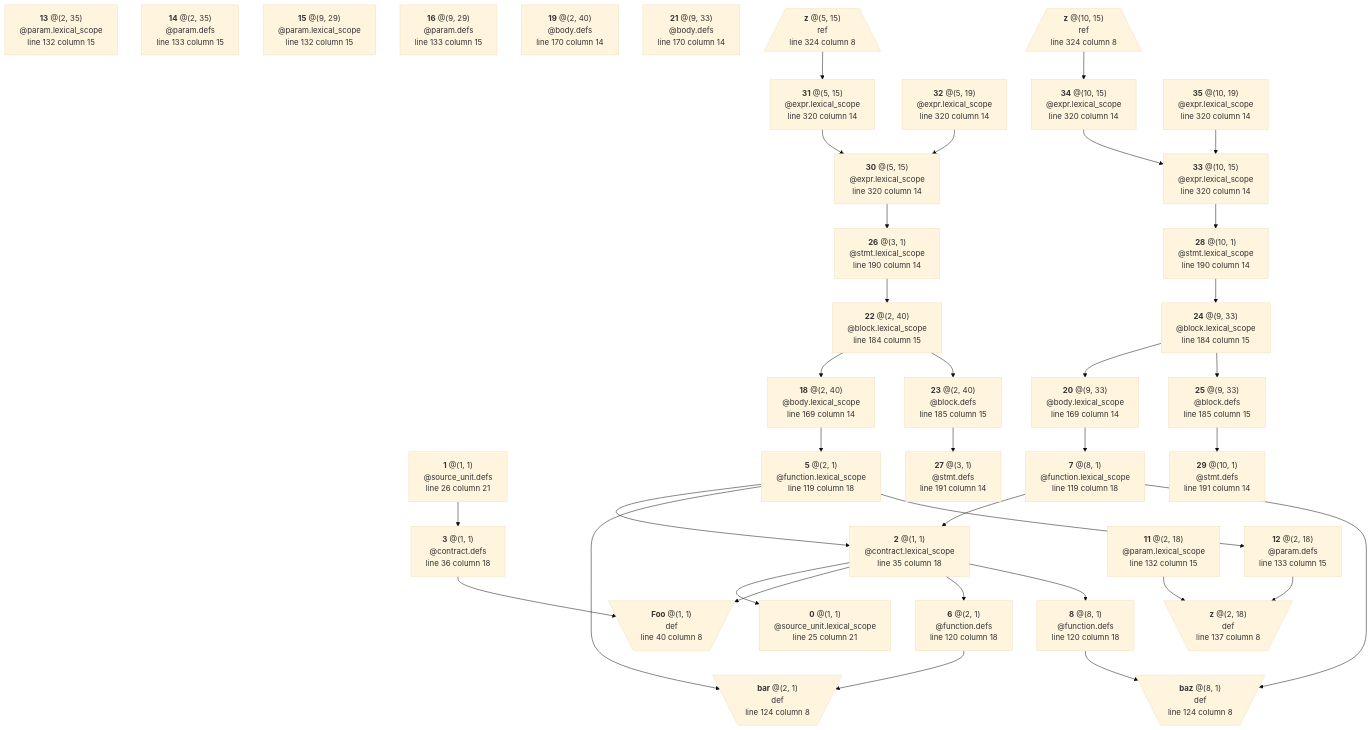
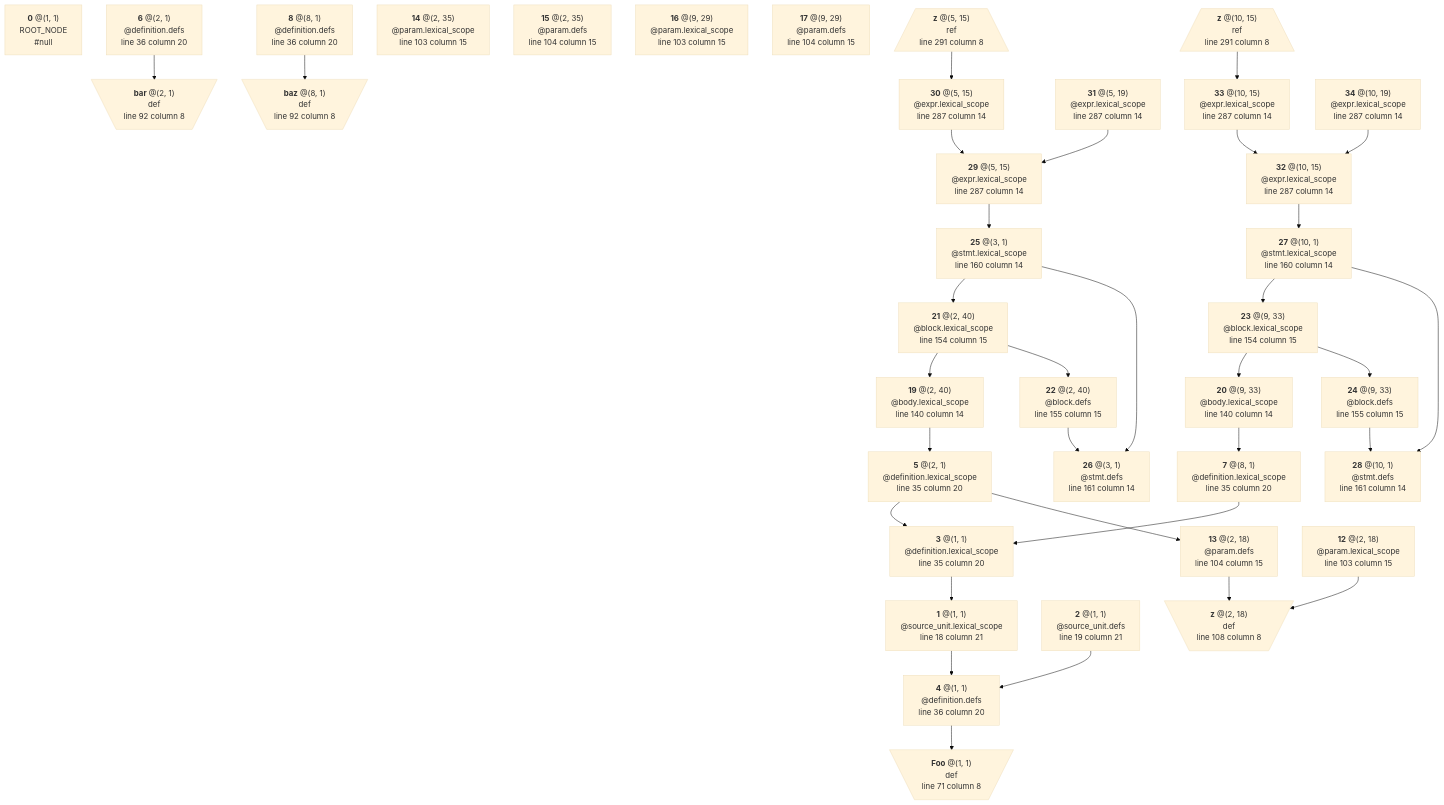
The diagram in crates/solidity/testing/snapshots/bindings/lexical/generated/params.sol.mmd (manastech/slang), drawn with Mermaid (base theme) before and after one commit. The commit also changed 11 other files, not shown here.

```diff
--- a/crates/solidity/testing/snapshots/bindings/lexical/generated/params.sol.mmd
+++ b/crates/solidity/testing/snapshots/bindings/lexical/generated/params.sol.mmd
@@ -1,148 +1,143 @@
 graph TD
 	N0["`**0** @(1, 1)
+ROOT_NODE
+#null`"]
+	N1["`**1** @(1, 1)
 @source_unit.lexical_scope
-line 25 column 21`"]
-	N1["`**1** @(1, 1)
+line 18 column 21`"]
+	N1 --> N4
+	N2["`**2** @(1, 1)
 @source_unit.defs
-line 26 column 21`"]
-	N1 --> N3
-	N2["`**2** @(1, 1)
-@contract.lexical_scope
-line 35 column 18`"]
-	N2 --> N0
+line 19 column 21`"]
 	N2 --> N4
-	N2 --> N6
-	N2 --> N8
 	N3["`**3** @(1, 1)
-@contract.defs
-line 36 column 18`"]
-	N3 --> N4
-	N4[\"`**Foo** @(1, 1)
+@definition.lexical_scope
+line 35 column 20`"]
+	N3 --> N1
+	N4["`**4** @(1, 1)
+@definition.defs
+line 36 column 20`"]
+	N4 --> N9
+	N5["`**5** @(2, 1)
+@definition.lexical_scope
+line 35 column 20`"]
+	N5 --> N3
+	N5 --> N13
+	N6["`**6** @(2, 1)
+@definition.defs
+line 36 column 20`"]
+	N6 --> N10
+	N7["`**7** @(8, 1)
+@definition.lexical_scope
+line 35 column 20`"]
+	N7 --> N3
+	N8["`**8** @(8, 1)
+@definition.defs
+line 36 column 20`"]
+	N8 --> N11
+	N9[\"`**Foo** @(1, 1)
 def
-line 40 column 8`"/]
-	N5["`**5** @(2, 1)
-@function.lexical_scope
-line 119 column 18`"]
-	N5 --> N2
-	N5 --> N9
-	N5 --> N12
-	N6["`**6** @(2, 1)
-@function.defs
-line 120 column 18`"]
-	N6 --> N9
-	N7["`**7** @(8, 1)
-@function.lexical_scope
-line 119 column 18`"]
-	N7 --> N2
-	N7 --> N10
-	N8["`**8** @(8, 1)
-@function.defs
-line 120 column 18`"]
-	N8 --> N10
-	N9[\"`**bar** @(2, 1)
+line 71 column 8`"/]
+	N10[\"`**bar** @(2, 1)
 def
-line 124 column 8`"/]
-	N10[\"`**baz** @(8, 1)
+line 92 column 8`"/]
+	N11[\"`**baz** @(8, 1)
 def
-line 124 column 8`"/]
-	N11["`**11** @(2, 18)
+line 92 column 8`"/]
+	N12["`**12** @(2, 18)
 @param.lexical_scope
-line 132 column 15`"]
-	N11 --> N17
-	N12["`**12** @(2, 18)
+line 103 column 15`"]
+	N12 --> N18
+	N13["`**13** @(2, 18)
 @param.defs
-line 133 column 15`"]
-	N12 --> N17
-	N13["`**13** @(2, 35)
+line 104 column 15`"]
+	N13 --> N18
+	N14["`**14** @(2, 35)
 @param.lexical_scope
-line 132 column 15`"]
-	N14["`**14** @(2, 35)
+line 103 column 15`"]
+	N15["`**15** @(2, 35)
 @param.defs
-line 133 column 15`"]
-	N15["`**15** @(9, 29)
+line 104 column 15`"]
+	N16["`**16** @(9, 29)
 @param.lexical_scope
-line 132 column 15`"]
-	N16["`**16** @(9, 29)
+line 103 column 15`"]
+	N17["`**17** @(9, 29)
 @param.defs
-line 133 column 15`"]
-	N17[\"`**z** @(2, 18)
+line 104 column 15`"]
+	N18[\"`**z** @(2, 18)
 def
-line 137 column 8`"/]
-	N18["`**18** @(2, 40)
+line 108 column 8`"/]
+	N19["`**19** @(2, 40)
 @body.lexical_scope
-line 169 column 14`"]
-	N18 --> N5
-	N19["`**19** @(2, 40)
-@body.defs
-line 170 column 14`"]
+line 140 column 14`"]
+	N19 --> N5
 	N20["`**20** @(9, 33)
 @body.lexical_scope
-line 169 column 14`"]
+line 140 column 14`"]
 	N20 --> N7
-	N21["`**21** @(9, 33)
-@body.defs
-line 170 column 14`"]
+	N21["`**21** @(2, 40)
+@block.lexical_scope
+line 154 column 15`"]
+	N21 --> N19
+	N21 --> N22
 	N22["`**22** @(2, 40)
+@block.defs
+line 155 column 15`"]
+	N22 --> N26
+	N23["`**23** @(9, 33)
 @block.lexical_scope
-line 184 column 15`"]
-	N22 --> N18
-	N22 --> N23
-	N23["`**23** @(2, 40)
+line 154 column 15`"]
+	N23 --> N20
+	N23 --> N24
+	N24["`**24** @(9, 33)
 @block.defs
-line 185 column 15`"]
-	N23 --> N27
-	N24["`**24** @(9, 33)
-@block.lexical_scope
-line 184 column 15`"]
-	N24 --> N20
-	N24 --> N25
-	N25["`**25** @(9, 33)
-@block.defs
-line 185 column 15`"]
-	N25 --> N29
+line 155 column 15`"]
+	N24 --> N28
+	N25["`**25** @(3, 1)
+@stmt.lexical_scope
+line 160 column 14`"]
+	N25 --> N21
+	N25 --> N26
 	N26["`**26** @(3, 1)
+@stmt.defs
+line 161 column 14`"]
+	N27["`**27** @(10, 1)
 @stmt.lexical_scope
-line 190 column 14`"]
-	N26 --> N22
-	N27["`**27** @(3, 1)
+line 160 column 14`"]
+	N27 --> N23
+	N27 --> N28
+	N28["`**28** @(10, 1)
 @stmt.defs
-line 191 column 14`"]
-	N28["`**28** @(10, 1)
-@stmt.lexical_scope
-line 190 column 14`"]
-	N28 --> N24
-	N29["`**29** @(10, 1)
-@stmt.defs
-line 191 column 14`"]
+line 161 column 14`"]
+	N29["`**29** @(5, 15)
+@expr.lexical_scope
+line 287 column 14`"]
+	N29 --> N25
 	N30["`**30** @(5, 15)
 @expr.lexical_scope
-line 320 column 14`"]
-	N30 --> N26
-	N31["`**31** @(5, 15)
+line 287 column 14`"]
+	N30 --> N29
+	N31["`**31** @(5, 19)
 @expr.lexical_scope
-line 320 column 14`"]
-	N31 --> N30
-	N32["`**32** @(5, 19)
+line 287 column 14`"]
+	N31 --> N29
+	N32["`**32** @(10, 15)
 @expr.lexical_scope
-line 320 column 14`"]
-	N32 --> N30
+line 287 column 14`"]
+	N32 --> N27
 	N33["`**33** @(10, 15)
 @expr.lexical_scope
-line 320 column 14`"]
-	N33 --> N28
-	N34["`**34** @(10, 15)
+line 287 column 14`"]
+	N33 --> N32
+	N34["`**34** @(10, 19)
 @expr.lexical_scope
-line 320 column 14`"]
-	N34 --> N33
-	N35["`**35** @(10, 19)
-@expr.lexical_scope
-line 320 column 14`"]
-	N35 --> N33
-	N36[/"`**z** @(5, 15)
+line 287 column 14`"]
+	N34 --> N32
+	N35[/"`**z** @(5, 15)
 ref
-line 324 column 8`"\]
-	N36 --> N31
-	N37[/"`**z** @(10, 15)
+line 291 column 8`"\]
+	N35 --> N30
+	N36[/"`**z** @(10, 15)
 ref
-line 324 column 8`"\]
-	N37 --> N34
+line 291 column 8`"\]
+	N36 --> N33
```
